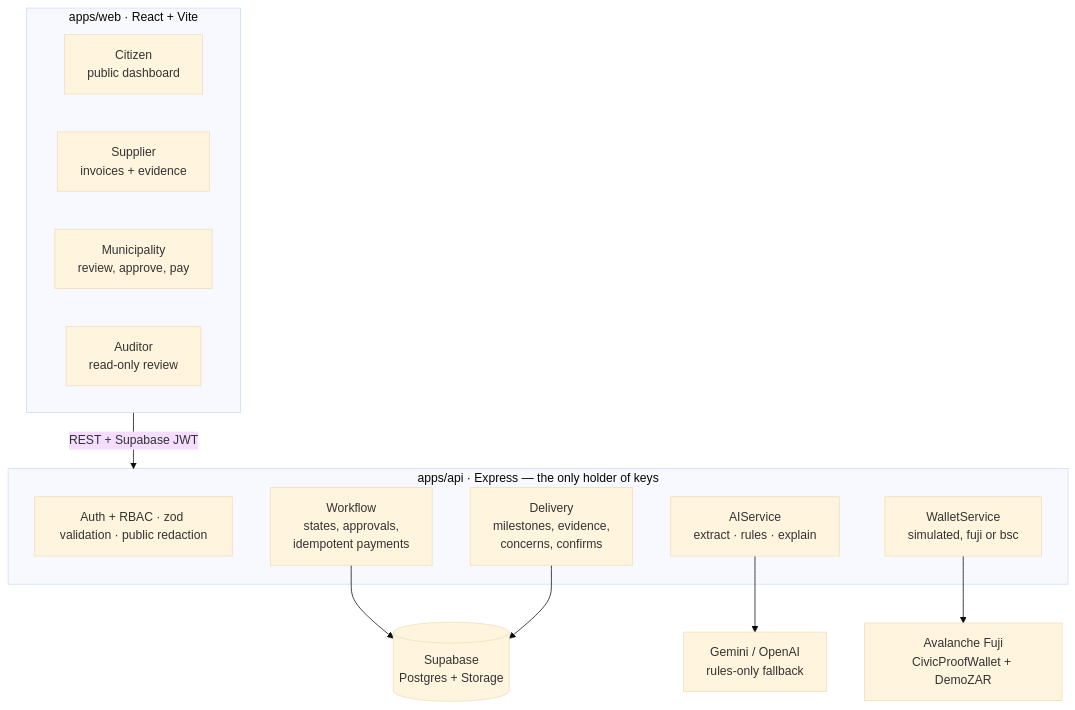
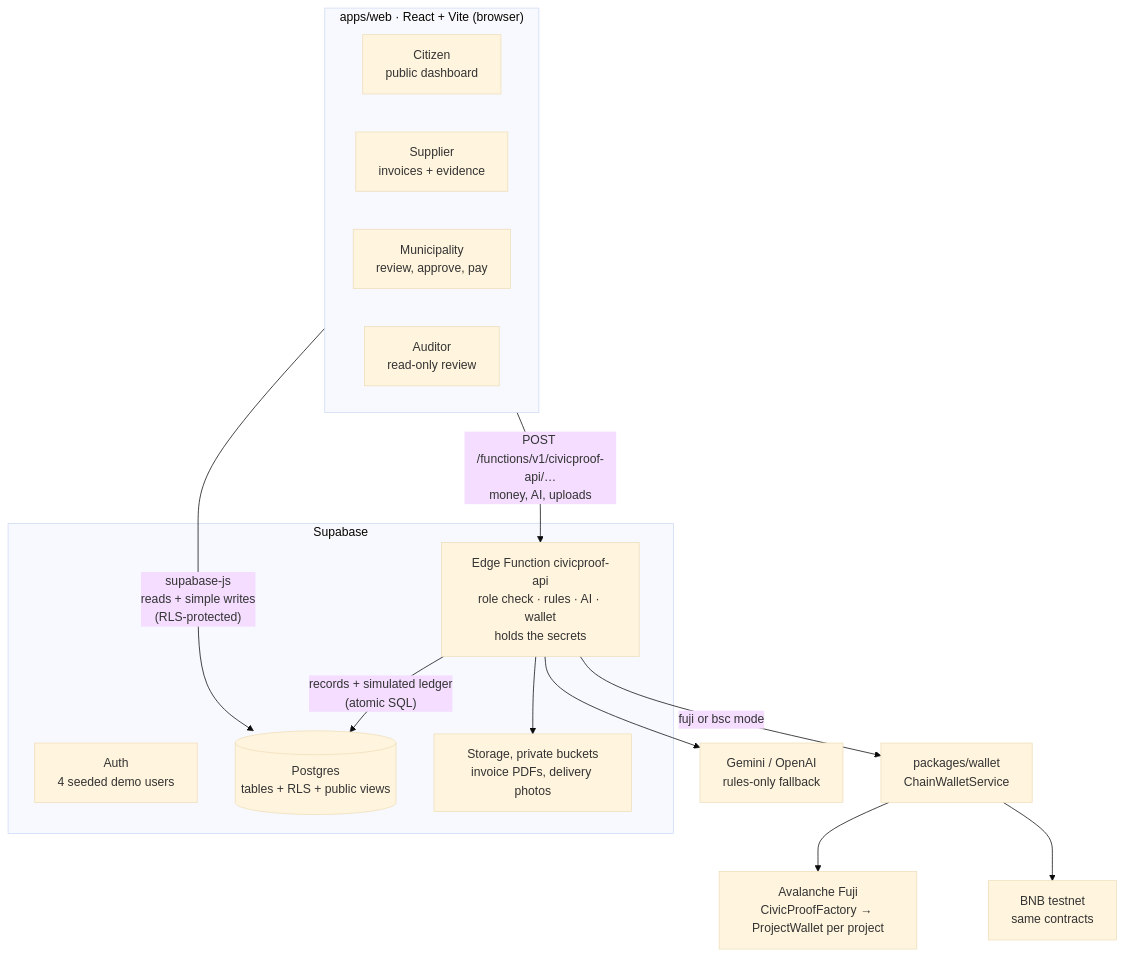
The first of 2 diagrams in README.md (Wityd/civic_proof), drawn with Mermaid (base theme) before and after one commit. The commit also changed other lines of this file, not shown here.

Commit message:
README: Supabase-first architecture, multi-chain contracts, wallet service

````diff
--- a/README.md
+++ b/README.md
@@ -86,24 +82,25 @@
 ```mermaid
 flowchart TB
-    subgraph web["apps/web · React + Vite"]
+    subgraph web["apps/web · React + Vite (browser)"]
         C[Citizen<br/>public dashboard]
         S[Supplier<br/>invoices + evidence]
         M[Municipality<br/>review, approve, pay]
         A[Auditor<br/>read-only review]
     end
 
-    web -->|REST + Supabase JWT| api
-
-    subgraph api["apps/api · Express — the only holder of keys"]
-        G[Auth + RBAC · zod validation · public redaction]
-        W[Workflow<br/>states, approvals,<br/>idempotent payments]
-        D[Delivery<br/>milestones, evidence,<br/>concerns, confirms]
-        AI[AIService<br/>extract · rules · explain]
-        WS[WalletService<br/>simulated, fuji or bsc]
+    subgraph supa["Supabase"]
+        AUTH[Auth<br/>4 seeded demo users]
+        DB[(Postgres<br/>tables + RLS + public views)]
+        ST[Storage, private buckets<br/>invoice PDFs, delivery photos]
+        EF[Edge Function civicproof-api<br/>role check · rules · AI · wallet<br/>holds the secrets]
     end
 
-    W --> DB[(Supabase<br/>Postgres + Storage)]
-    D --> DB
-    AI --> LLM[Gemini / OpenAI<br/>rules-only fallback]
-    WS --> CHAIN[Avalanche Fuji<br/>CivicProofWallet + DemoZAR]
+    web -->|"supabase-js<br/>reads + simple writes<br/>(RLS-protected)"| DB
+    web -->|"POST /functions/v1/civicproof-api/…<br/>money, AI, uploads"| EF
+    EF --> ST
+    EF --> AI[Gemini / OpenAI<br/>rules-only fallback]
+    EF -->|"fuji or bsc mode"| WS[packages/wallet<br/>ChainWalletService]
+    EF -->|"records + simulated ledger<br/>(atomic SQL)"| DB
+    WS --> FUJI[Avalanche Fuji<br/>CivicProofFactory → ProjectWallet per project]
+    WS --> BSC[BNB testnet<br/>same contracts]
 ```
````
